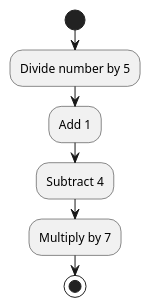
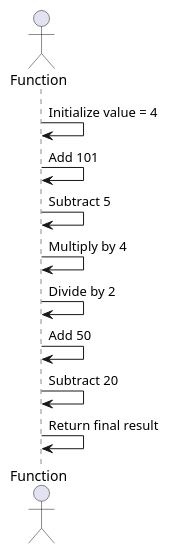
The diagram in SecondDesign.puml (krshna-dtdl/DeutscheTelekomDigitalLabsBlog), drawn with PlantUML before and after one commit.

```diff
--- a/SecondDesign.puml
+++ b/SecondDesign.puml
@@ -1,8 +1,12 @@
 @startuml
-start
-:Divide number by 5;
-:Add 1;
-:Subtract 4;
-:Multiply by 7;
-stop
+actor Function
+
+Function -> Function : Initialize value = 4
+Function -> Function : Add 101
+Function -> Function : Subtract 5
+Function -> Function : Multiply by 4
+Function -> Function : Divide by 2
+Function -> Function : Add 50
+Function -> Function : Subtract 20
+Function -> Function : Return final result
 @enduml
```
